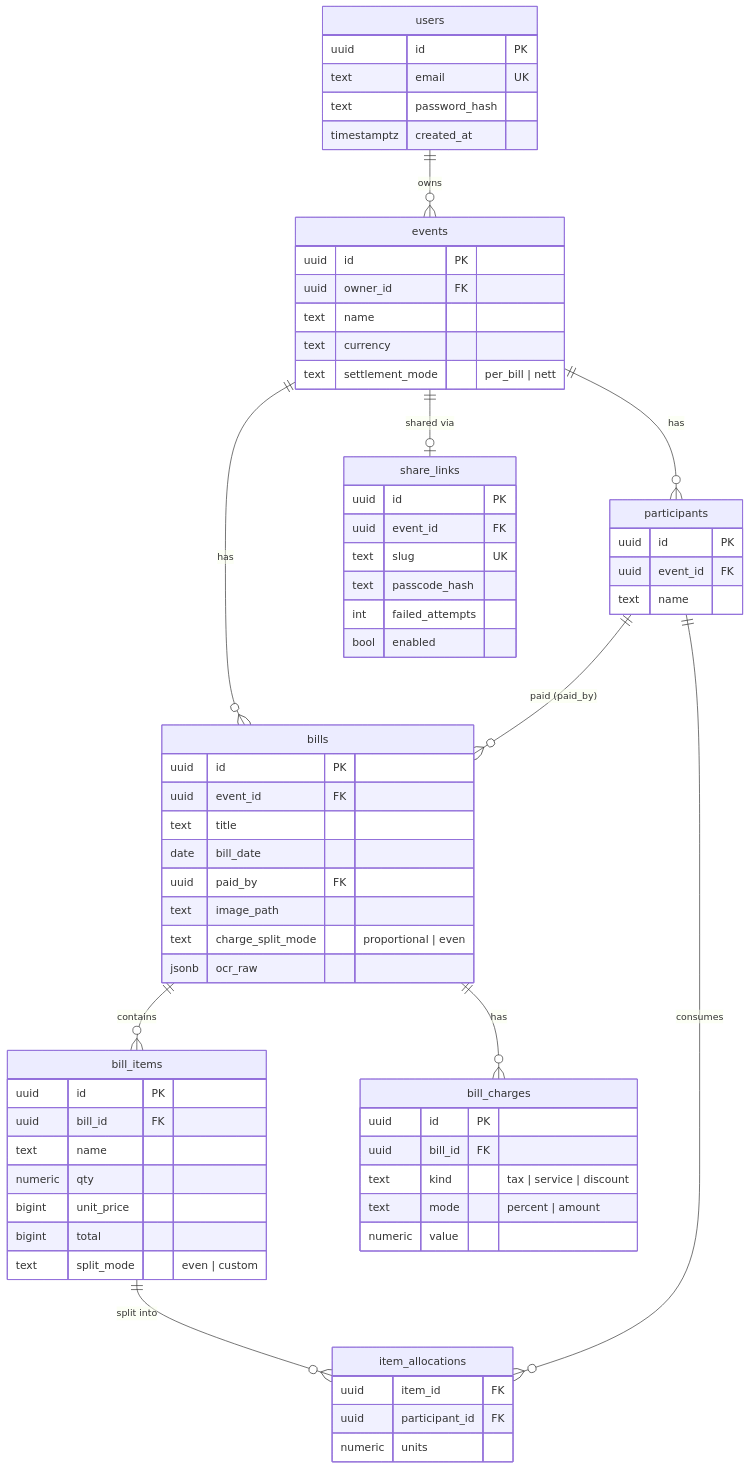
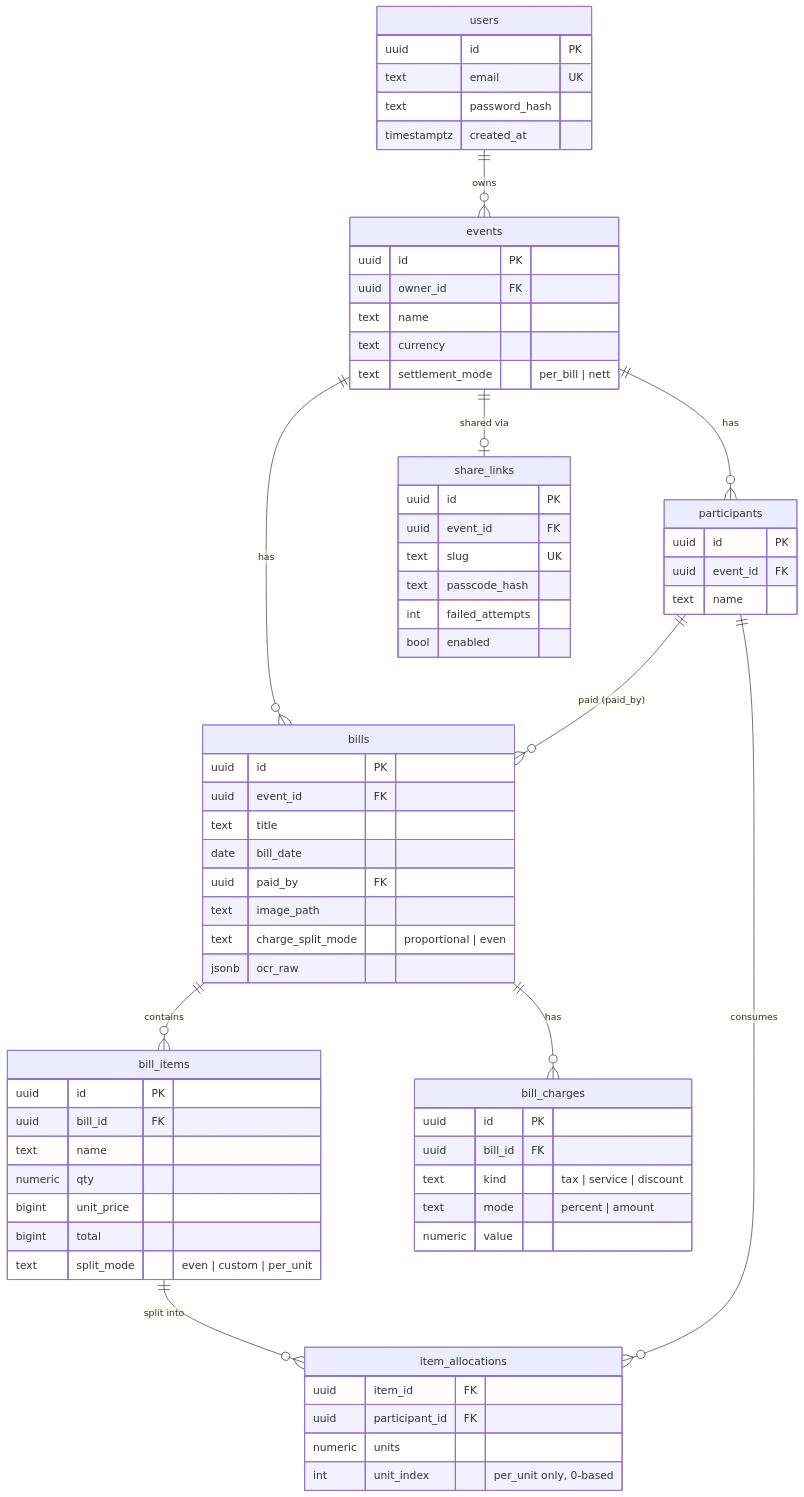
Before and after one commit to anthonyreynaldi/split-bill: the second of 5 diagrams in docs/architecture.md, drawn with Mermaid. The commit also changed other lines of this file and 7 other files, not shown here.

First line of the commit message:
docs: per-unit split

````diff
--- a/docs/architecture.md
+++ b/docs/architecture.md
@@ -41,54 +41,55 @@
 ```mermaid
 erDiagram
   users ||--o{ events : owns
   events ||--o{ participants : has
   events ||--o{ bills : has
   events ||--o| share_links : "shared via"
   participants ||--o{ bills : "paid (paid_by)"
   bills ||--o{ bill_items : contains
   bills ||--o{ bill_charges : has
   bill_items ||--o{ item_allocations : "split into"
   participants ||--o{ item_allocations : consumes
 
   users { uuid id PK
     text email UK
     text password_hash
     timestamptz created_at }
   events { uuid id PK
     uuid owner_id FK
     text name
     text currency
     text settlement_mode "per_bill | nett" }
   participants { uuid id PK
     uuid event_id FK
     text name }
   bills { uuid id PK
     uuid event_id FK
     text title
     date bill_date
     uuid paid_by FK
     text image_path
     text charge_split_mode "proportional | even"
     jsonb ocr_raw }
   bill_items { uuid id PK
     uuid bill_id FK
     text name
     numeric qty
     bigint unit_price
     bigint total
-    text split_mode "even | custom" }
+    text split_mode "even | custom | per_unit" }
   item_allocations { uuid item_id FK
     uuid participant_id FK
-    numeric units }
+    numeric units
+    int unit_index "per_unit only, 0-based" }
   bill_charges { uuid id PK
     uuid bill_id FK
     text kind "tax | service | discount"
     text mode "percent | amount"
     numeric value }
   share_links { uuid id PK
     uuid event_id FK
     text slug UK
     text passcode_hash
     int failed_attempts
     bool enabled }
 ```
````
